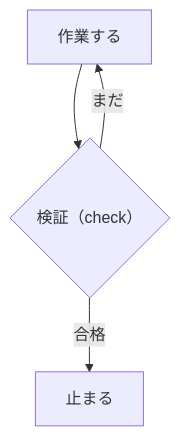
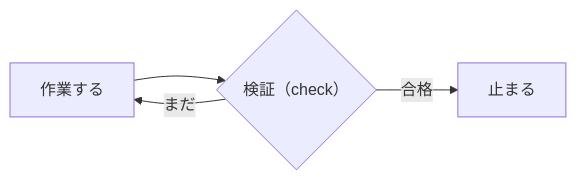
The third of 7 diagrams in docs/articles/2026-06-27-loop-engineering-jp.md (Daisuke134/anicca), drawn with Mermaid before and after one commit. The commit also changed other lines of this file, not shown here.

Commit message:
fix diagrams: tall vertical → horizontal LR + shorter labels (anatomy/goal/nesting/ladder/task-check were too tall)

````diff
--- a/docs/articles/2026-06-27-loop-engineering-jp.md
+++ b/docs/articles/2026-06-27-loop-engineering-jp.md
@@ -54,6 +54,6 @@
 ```mermaid
-flowchart TD
+flowchart LR
   A["作業する"] --> B{"検証（check）"}
   B -->|"まだ"| A
   B -->|"合格"| C["止まる"]
 ```
````
